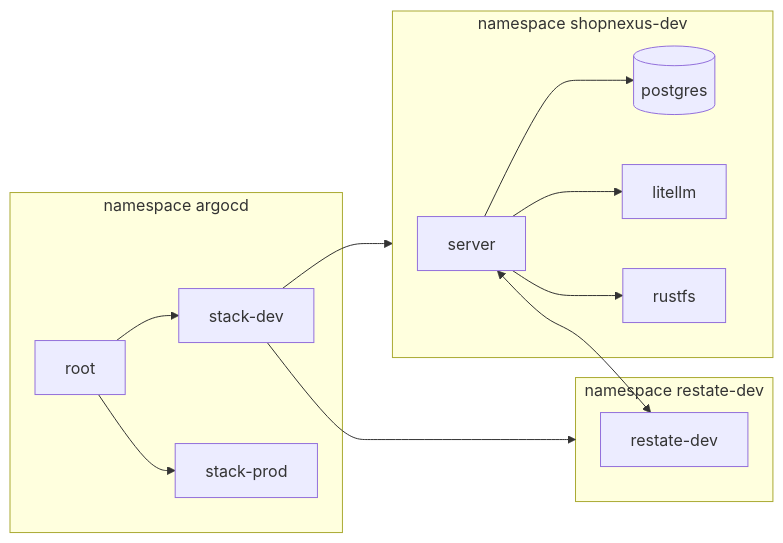
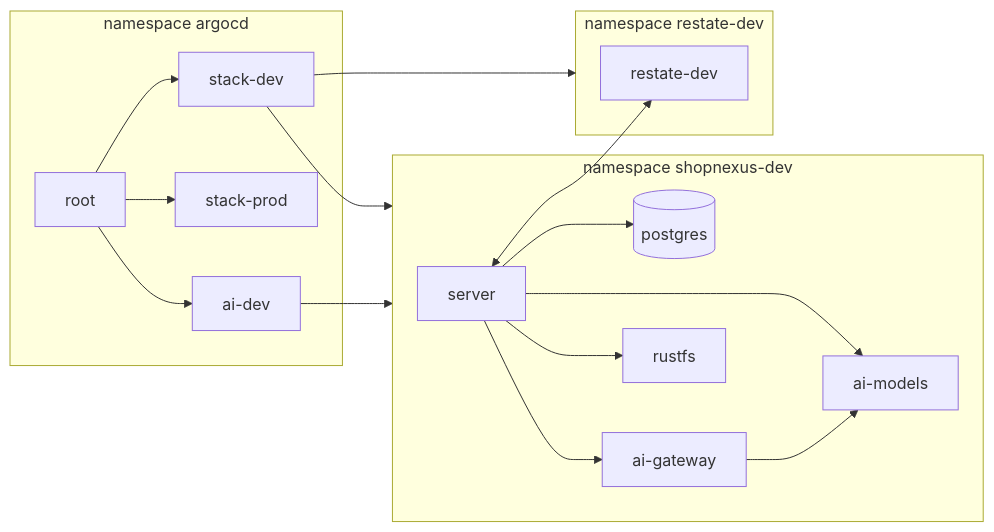
One commit to shopnexus/docs changed the diagram in web/src/content/docs/en/operations/cluster/runbook.mdx. Above: the diagram before and after it, drawn with Mermaid. The commit also changed other lines of this file and 17 other files, not shown here.

````diff
--- a/web/src/content/docs/en/operations/cluster/runbook.mdx
+++ b/web/src/content/docs/en/operations/cluster/runbook.mdx
@@ -26,18 +26,22 @@
 ```mermaid title="Where each component runs"
 flowchart LR
   subgraph argocd["namespace argocd"]
     root["root"] --> sd["stack-dev"]
     root --> sp["stack-prod"]
+    root --> ad["ai-dev"]
   end
   subgraph dev["namespace shopnexus-dev"]
     server["server"] --> pg[("postgres")]
-    server --> litellm["litellm"]
+    server --> gw["ai-gateway"]
+    server --> models["ai-models"]
+    gw --> models
     server --> rustfs["rustfs"]
   end
   subgraph rdev["namespace restate-dev"]
     restate["restate-dev"]
   end
   sd --> dev
   sd --> rdev
+  ad --> dev
   server <--> restate
 ```
````
